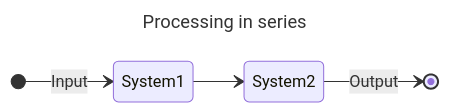
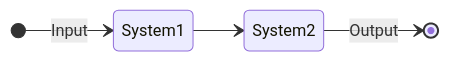
One commit to setrar/dsp changed the third of 5 diagrams in signal-processing/kutz/5/README.md. Above: the diagram before and after it, drawn with Mermaid. The commit also changed other lines of this file, not shown here.

````diff
--- a/signal-processing/kutz/5/README.md
+++ b/signal-processing/kutz/5/README.md
@@ -53,11 +53,7 @@
 ```mermaid
----
-title: Processing in series
----
 stateDiagram-v2
     direction LR
     [*] --> System1 : Input
     System1 --> System2
     System2 --> [*] : Output
-style title fill:#00758f
 ```
````
